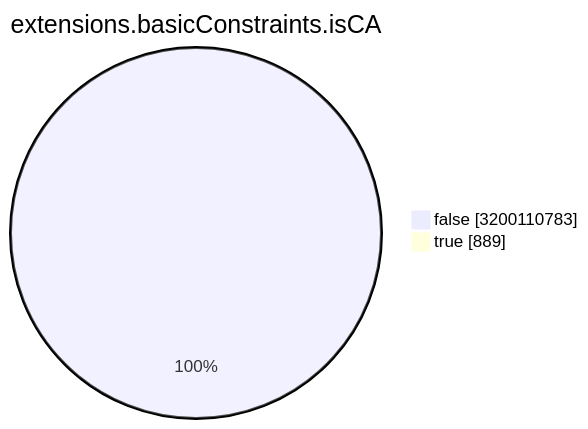
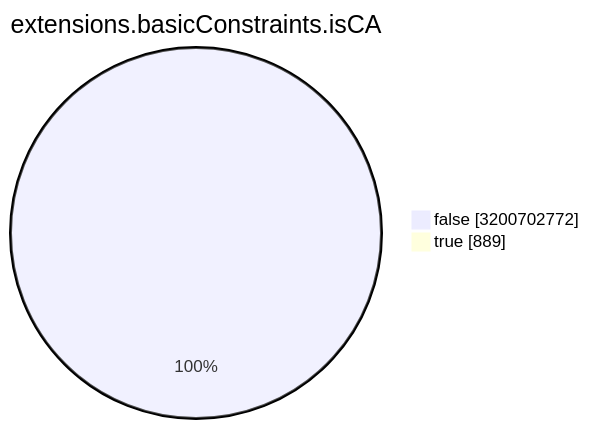
One commit to christiankrug/ctmonitor_visualization changed the seventh of 15 diagrams in TOTAL/README.md. Above: the diagram before and after it, drawn with Mermaid. The commit also changed other lines of this file, not shown here.

````diff
--- a/TOTAL/README.md
+++ b/TOTAL/README.md
@@ -3088,6 +3088,6 @@
 ```mermaid
 pie showData
 title extensions.basicConstraints.isCA
-"false" :3200110783
+"false" :3200702772
 "true" :889
 ```
````
